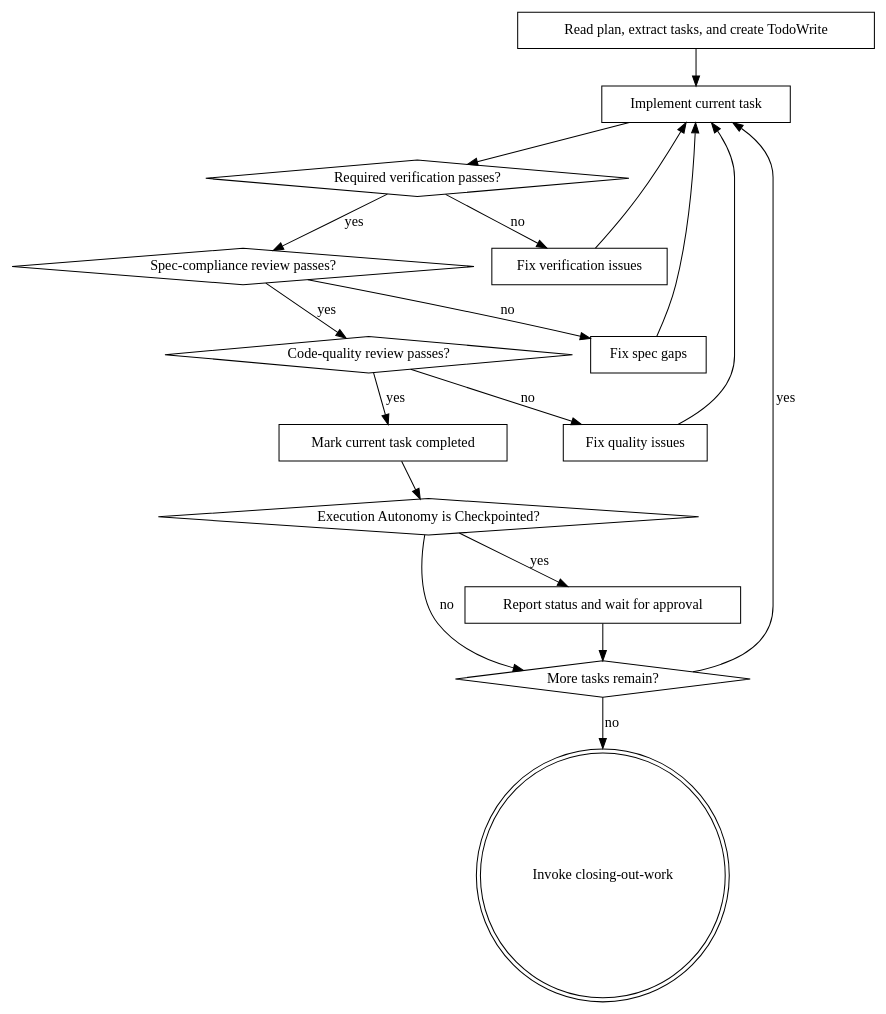
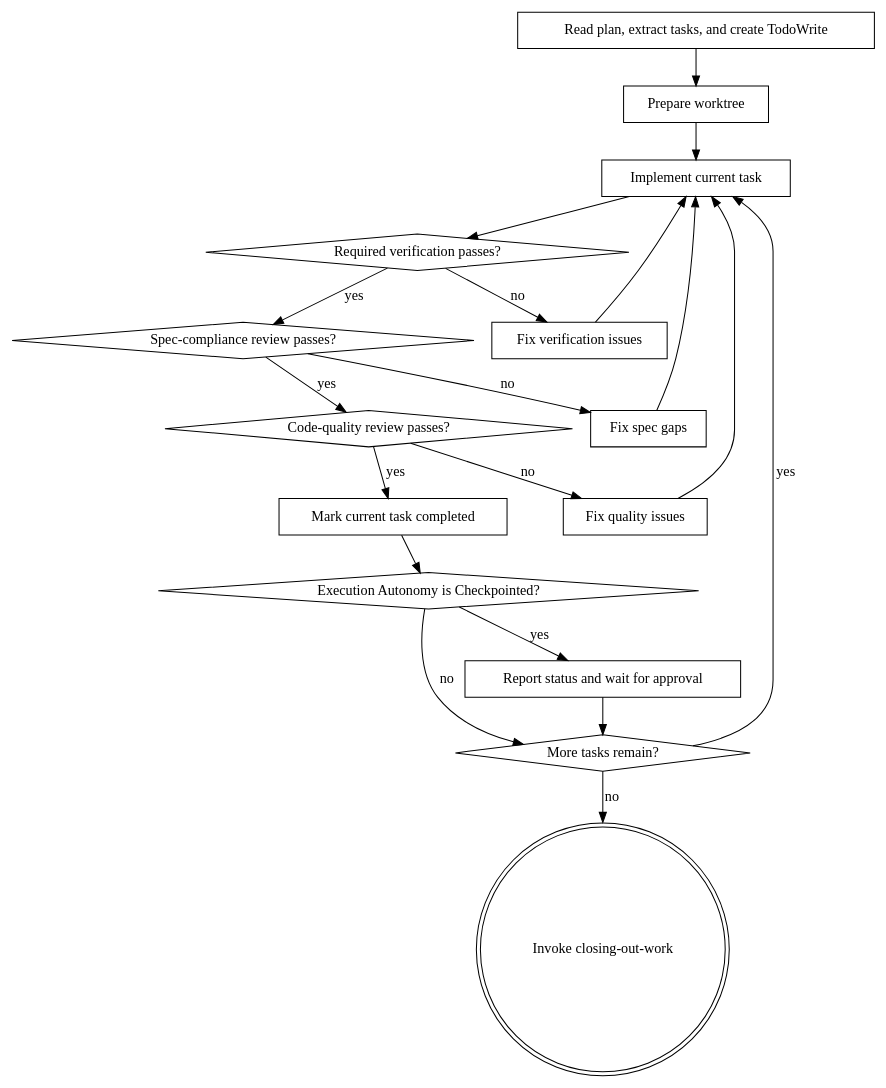
One commit to clashmar/know-how changed the diagram in skills/executing-plans/SKILL.md. Above: the diagram before and after it, drawn with Graphviz. The commit also changed other lines of this file and 2 other files, not shown here.

Commit message:
feat: add worktree instructions

````diff
--- a/skills/executing-plans/SKILL.md
+++ b/skills/executing-plans/SKILL.md
@@ -36,35 +36,37 @@
 ```dot
 digraph execution {
     "Read plan, extract tasks, and create TodoWrite" [shape=box];
+    "Prepare worktree" [shape=box];
     "Implement current task" [shape=box];
     "Required verification passes?" [shape=diamond];
     "Fix verification issues" [shape=box];
     "Spec-compliance review passes?" [shape=diamond];
     "Fix spec gaps" [shape=box];
     "Code-quality review passes?" [shape=diamond];
     "Fix quality issues" [shape=box];
     "Mark current task completed" [shape=box];
     "Execution Autonomy is Checkpointed?" [shape=diamond];
     "Report status and wait for approval" [shape=box];
     "More tasks remain?" [shape=diamond];
     "Invoke closing-out-work" [shape=doublecircle];
 
-    "Read plan, extract tasks, and create TodoWrite" -> "Implement current task";
+    "Read plan, extract tasks, and create TodoWrite" -> "Prepare worktree";
+    "Prepare worktree" -> "Implement current task";
     "Implement current task" -> "Required verification passes?";
     "Required verification passes?" -> "Fix verification issues" [label="no"];
     "Fix verification issues" -> "Implement current task";
     "Required verification passes?" -> "Spec-compliance review passes?" [label="yes"];
     "Spec-compliance review passes?" -> "Fix spec gaps" [label="no"];
     "Fix spec gaps" -> "Implement current task";
     "Spec-compliance review passes?" -> "Code-quality review passes?" [label="yes"];
     "Code-quality review passes?" -> "Fix quality issues" [label="no"];
     "Fix quality issues" -> "Implement current task";
     "Code-quality review passes?" -> "Mark current task completed" [label="yes"];
     "Mark current task completed" -> "Execution Autonomy is Checkpointed?";
     "Execution Autonomy is Checkpointed?" -> "Report status and wait for approval" [label="yes"];
     "Execution Autonomy is Checkpointed?" -> "More tasks remain?" [label="no"];
     "Report status and wait for approval" -> "More tasks remain?";
     "More tasks remain?" -> "Implement current task" [label="yes"];
     "More tasks remain?" -> "Invoke closing-out-work" [label="no"];
 }
 ```
````
